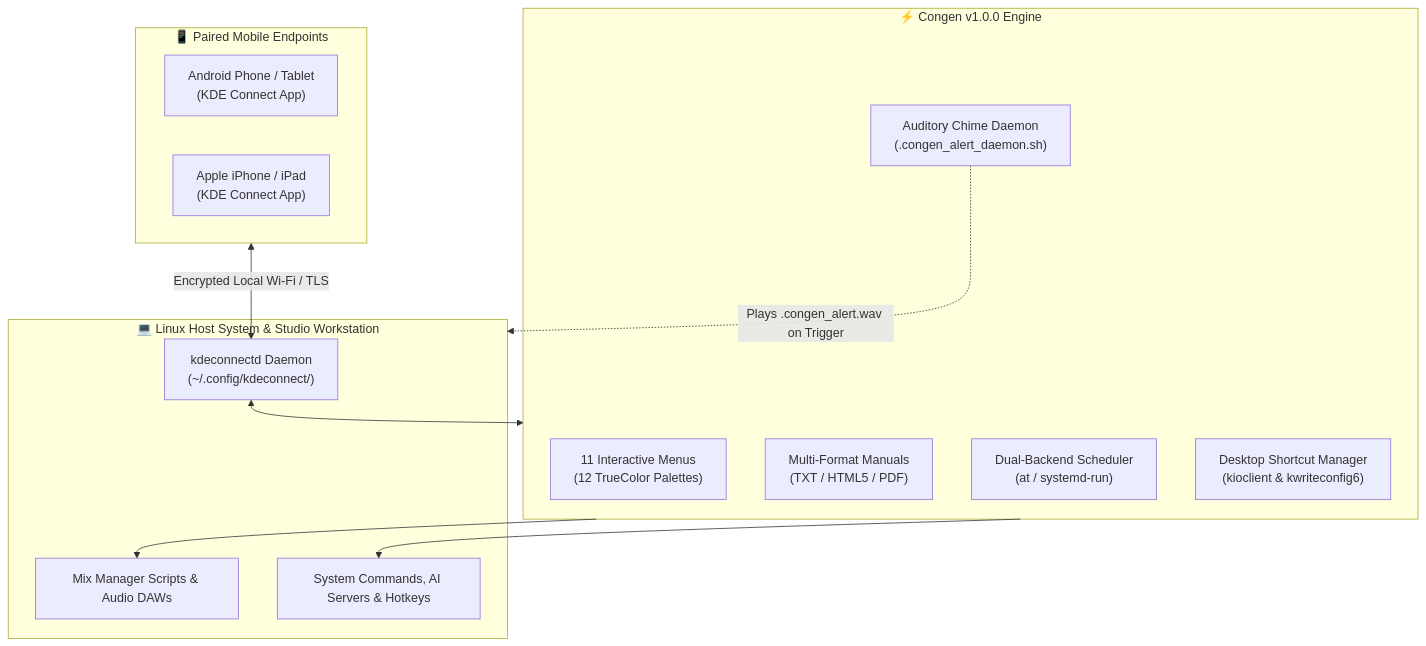
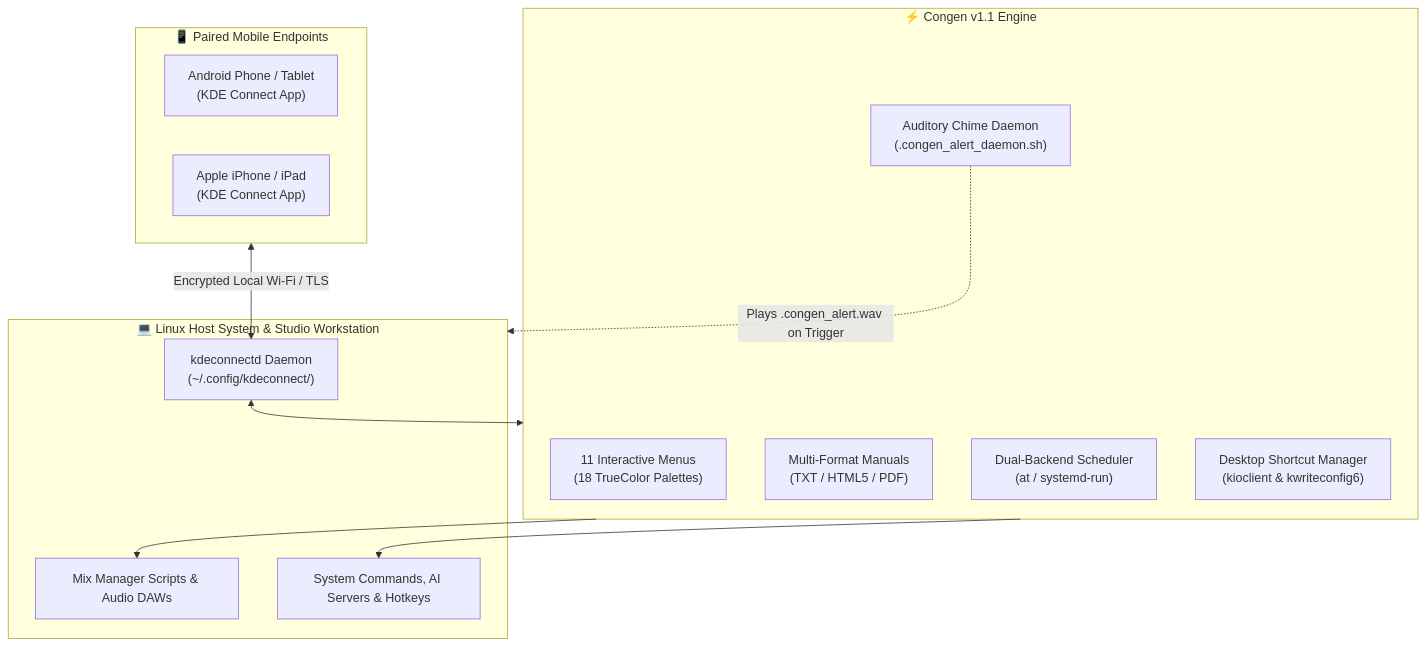
The seventh of 11 diagrams in README.md (MPlanetarian/MPMixManager_v0.4-x64), drawn with Mermaid before and after one commit. The commit also changed other lines of this file and 5 other files, not shown here.

````diff
--- a/README.md
+++ b/README.md
@@ -242,27 +287,27 @@
 ```mermaid
 flowchart TD
     subgraph MobileEndpoints["📱 Paired Mobile Endpoints"]
         Android["Android Phone / Tablet\n(KDE Connect App)"]
         iPhone["Apple iPhone / iPad\n(KDE Connect App)"]
     end
 
-    subgraph CongenEngine["⚡ Congen v1.0.0 Engine"]
-        TUI["11 Interactive Menus\n(12 TrueColor Palettes)"]
+    subgraph CongenEngine["⚡ Congen v1.1 Engine"]
+        TUI["11 Interactive Menus\n(18 TrueColor Palettes)"]
         AlertDaemon["Auditory Chime Daemon\n(.congen_alert_daemon.sh)"]
         DocGenerator["Multi-Format Manuals\n(TXT / HTML5 / PDF)"]
         SchedulerEngine["Dual-Backend Scheduler\n(at / systemd-run)"]
         DesktopIntegration["Desktop Shortcut Manager\n(kioclient & kwriteconfig6)"]
     end
 
     subgraph DesktopTargets["💻 Linux Host System & Studio Workstation"]
         KDECD["kdeconnectd Daemon\n(~/.config/kdeconnect/)"]
         StudioScripts["Mix Manager Scripts & Audio DAWs"]
         WorkstationApps["System Commands, AI Servers & Hotkeys"]
     end
 
     MobileEndpoints <-->|Encrypted Local Wi-Fi / TLS| KDECD
     KDECD <--> CongenEngine
     CongenEngine --> StudioScripts
     CongenEngine --> WorkstationApps
     AlertDaemon -.->|Plays .congen_alert.wav on Trigger| DesktopTargets
 ```
````
